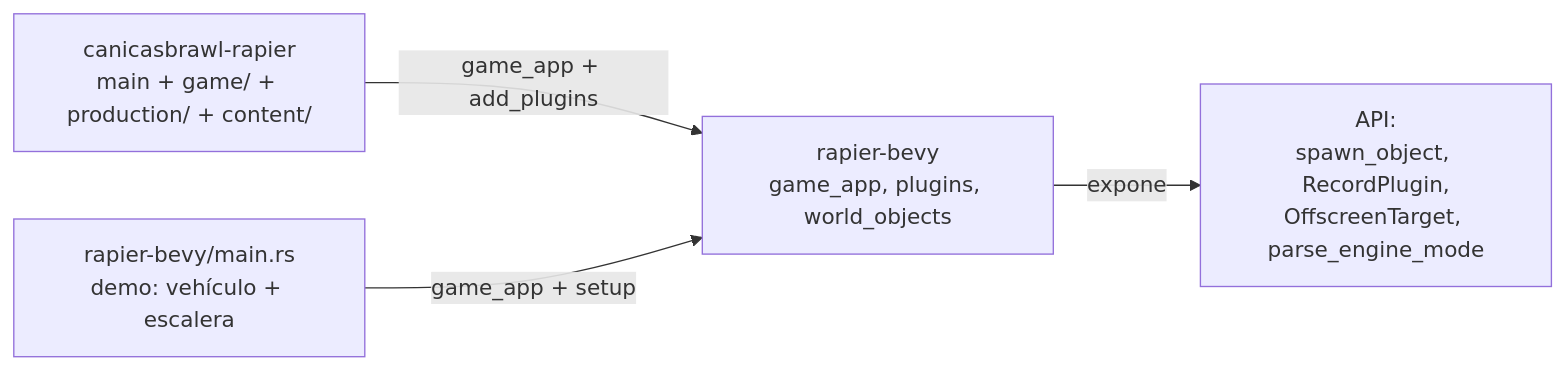
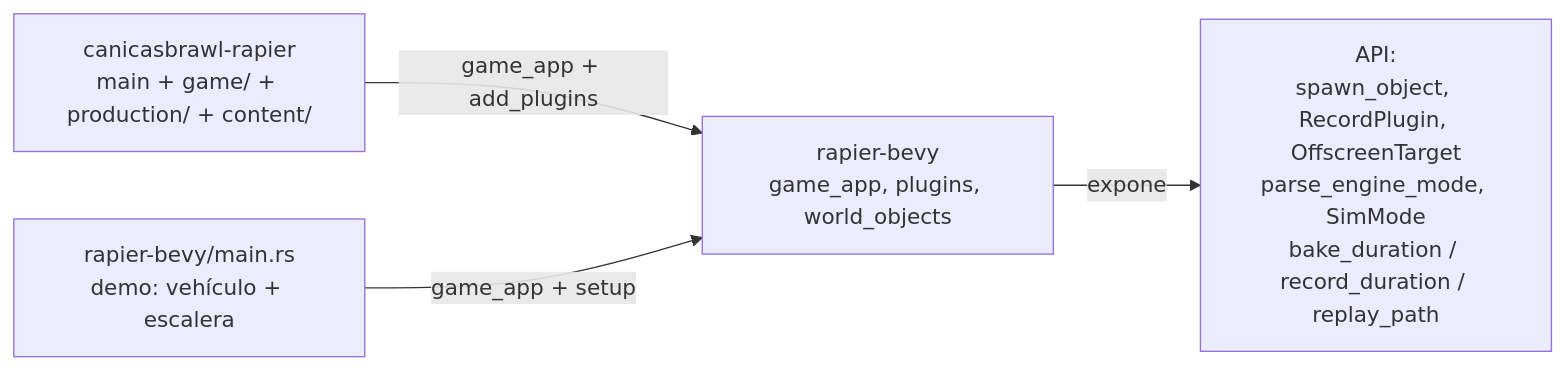
Before and after one commit to jesusgomeznuz/canicasbrawl-rapier: the second of 5 diagrams in docs/flow.md, drawn with Mermaid. The commit also changed other lines of this file and 10 other files, not shown here.

````diff
--- a/docs/flow.md
+++ b/docs/flow.md
@@ -29,6 +34,6 @@
 ```mermaid
 flowchart LR
     Game[canicasbrawl-rapier<br/>main + game/ + production/ + content/] -->|game_app + add_plugins| Engine
-    Engine[rapier-bevy<br/>game_app, plugins, world_objects] -->|expone| API[API:<br/>spawn_object, RecordPlugin,<br/>OffscreenTarget, parse_engine_mode]
+    Engine[rapier-bevy<br/>game_app, plugins, world_objects] -->|expone| API["API:<br/>spawn_object, RecordPlugin, OffscreenTarget<br/>parse_engine_mode, SimMode<br/>bake_duration / record_duration / replay_path"]
     Demo[rapier-bevy/main.rs<br/>demo: vehículo + escalera] -->|game_app + setup| Engine
 ```
````
